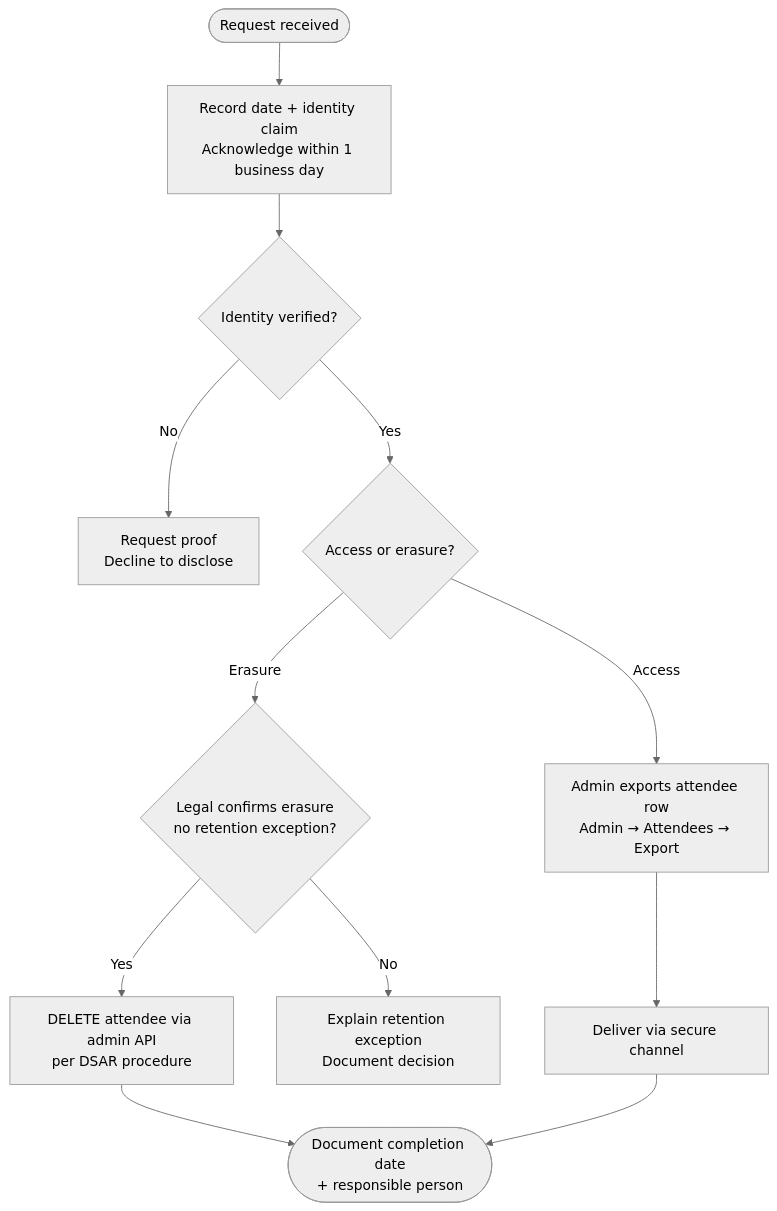
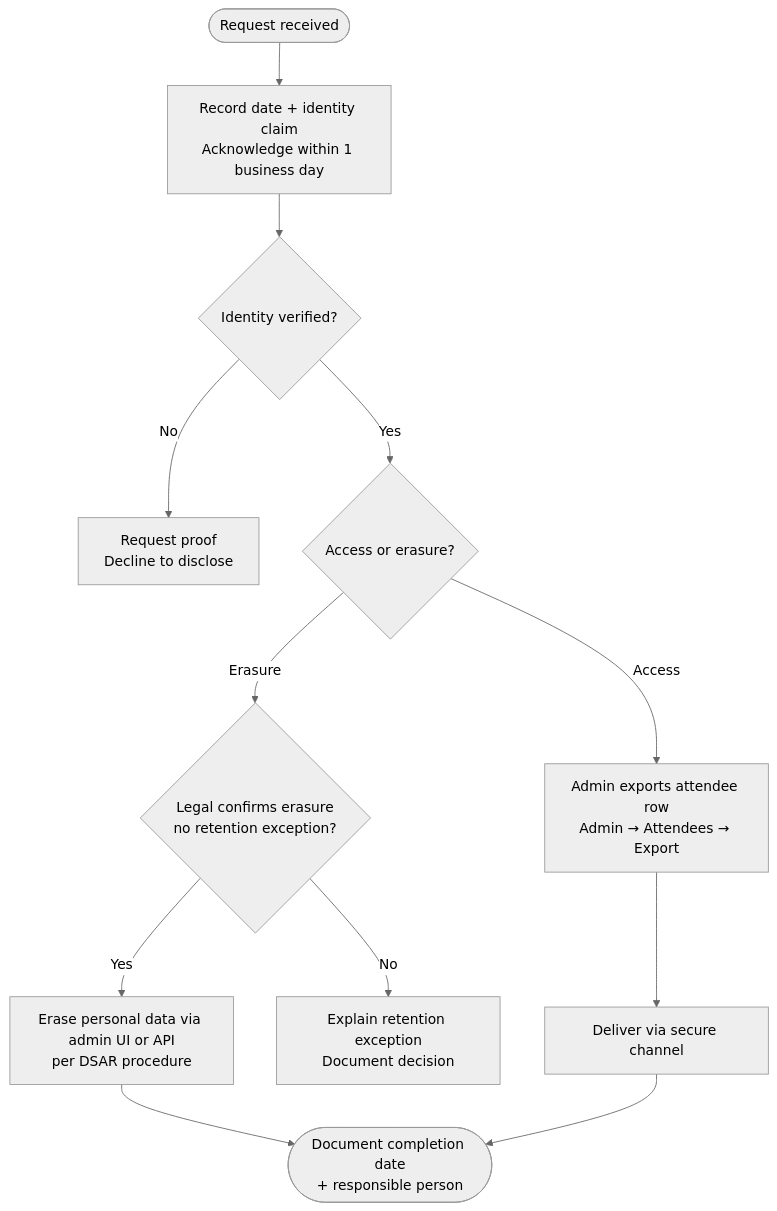
One commit to solarssk/admitto changed the diagram in docs/security/DSAR-PROCEDURE.md. Above: the diagram before and after it, drawn with Mermaid (neutral theme). The commit also changed other lines of this file and 38 other files, not shown here.

First line of the commit message:
feat(admin): screens to erase an attendee's personal data, with a read-only page for an erased attendee (#1627)

````diff
--- a/docs/security/DSAR-PROCEDURE.md
+++ b/docs/security/DSAR-PROCEDURE.md
@@ -12,14 +12,14 @@
 ```mermaid
 flowchart TD
     A([Request received]) --> B[Record date + identity claim\nAcknowledge within 1 business day]
     B --> C{Identity verified?}
     C -- No --> D[Request proof\nDecline to disclose]
     C -- Yes --> E{Access or erasure?}
     E -- Access --> F[Admin exports attendee row\nAdmin → Attendees → Export]
     F --> G[Deliver via secure channel]
     E -- Erasure --> H{Legal confirms erasure\nno retention exception?}
     H -- No --> I[Explain retention exception\nDocument decision]
-    H -- Yes --> J[DELETE attendee via admin API\nper DSAR procedure]
+    H -- Yes --> J[Erase personal data via admin UI or API\nper DSAR procedure]
     J --> K([Document completion date\n+ responsible person])
     G --> K
 ```
````
